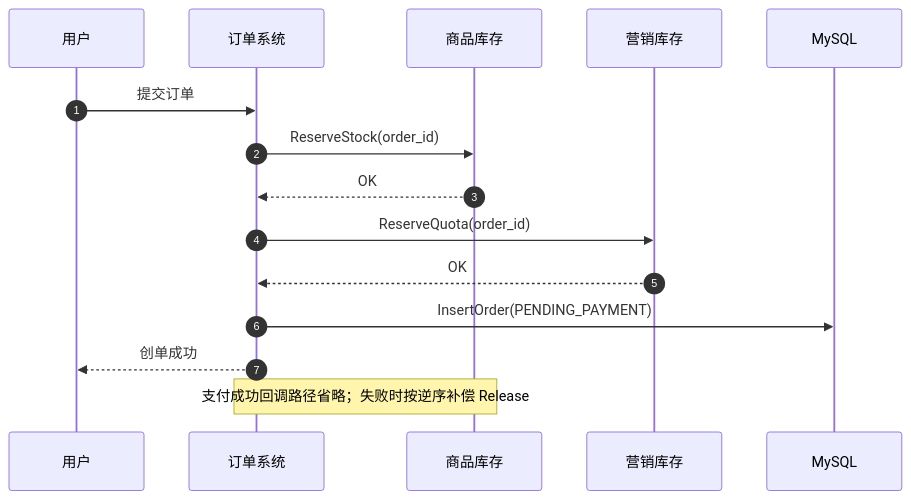
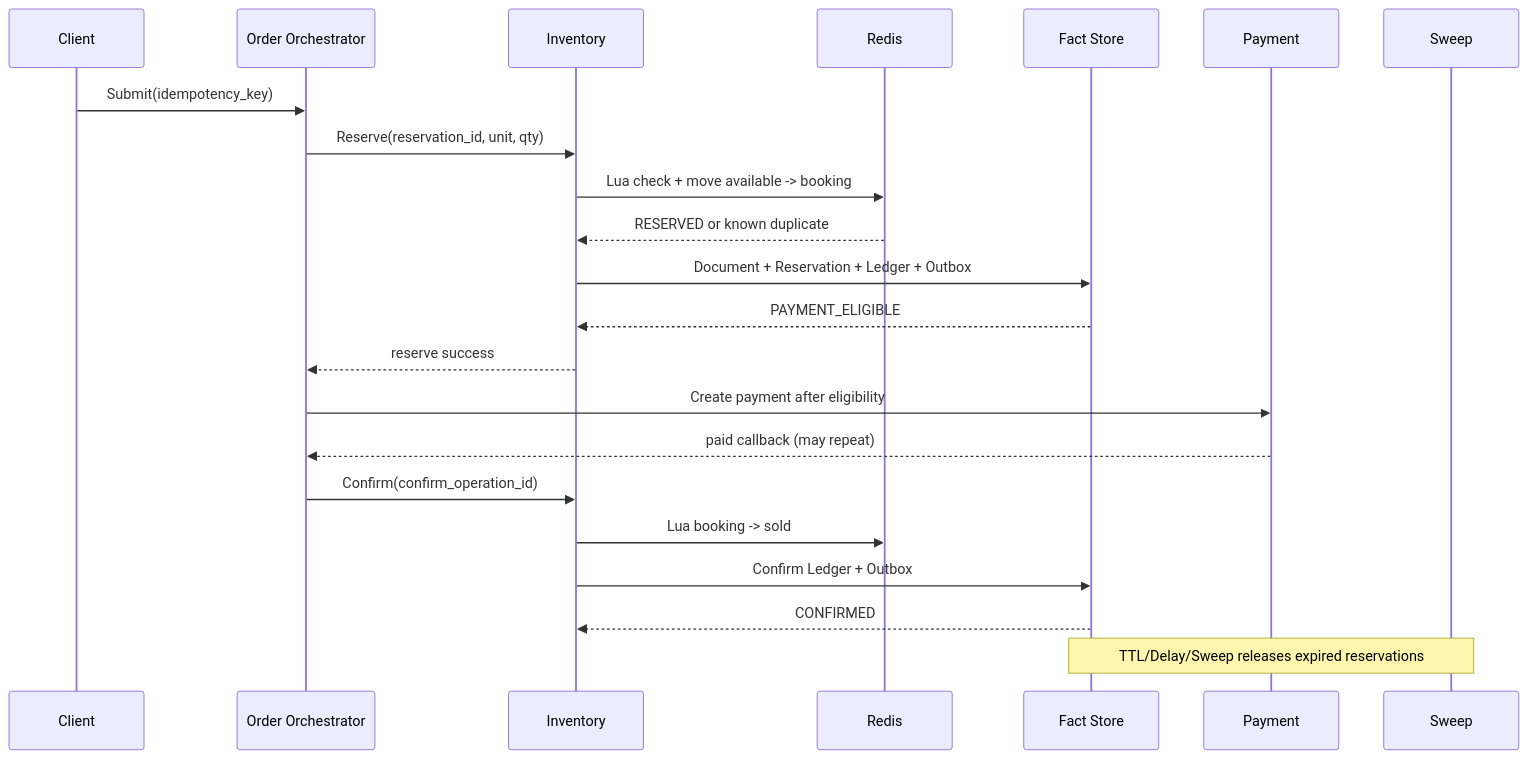
Before and after one commit to wxquare/wxquare.github.io: the fourth of 4 diagrams in books/system-design-primer/src/part03/04-inventory-system.md, drawn with Mermaid. The commit also changed other lines of this file, not shown here.

Commit message:
docs: optimize inventory system chapter

````diff
--- a/books/system-design-primer/src/part03/04-inventory-system.md
+++ b/books/system-design-primer/src/part03/04-inventory-system.md
@@ -1140,19 +861,25 @@
 ```mermaid
 sequenceDiagram
-  autonumber
-  participant U as 用户
-  participant O as 订单系统
-  participant PI as 商品库存
-  participant CI as 营销库存
-  participant DB as MySQL
+    participant C as Client
+    participant O as Order Orchestrator
+    participant I as Inventory
+    participant R as Redis
+    participant D as Fact Store
+    participant P as Payment
+    participant W as Sweep
 
-  U->>O: 提交订单
-  O->>PI: ReserveStock(order_id)
-  PI-->>O: OK
-  O->>CI: ReserveQuota(order_id)
-  CI-->>O: OK
-  O->>DB: InsertOrder(PENDING_PAYMENT)
-  O-->>U: 创单成功
-
-  Note over O,PI: 支付成功回调路径省略；失败时按逆序补偿 Release
+    C->>O: Submit(idempotency_key)
+    O->>I: Reserve(reservation_id, unit, qty)
+    I->>R: Lua check + move available -> booking
+    R-->>I: RESERVED or known duplicate
+    I->>D: Document + Reservation + Ledger + Outbox
+    D-->>I: PAYMENT_ELIGIBLE
+    I-->>O: reserve success
+    O->>P: Create payment after eligibility
+    P-->>O: paid callback (may repeat)
+    O->>I: Confirm(confirm_operation_id)
+    I->>R: Lua booking -> sold
+    I->>D: Confirm Ledger + Outbox
+    D-->>I: CONFIRMED
+    Note over W,D: TTL/Delay/Sweep releases expired reservations
 ```
````
